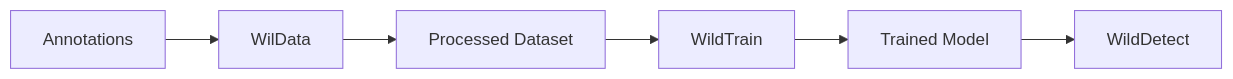
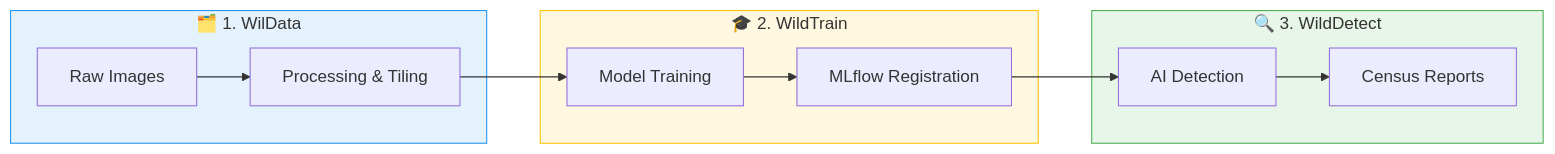
The diagram in docs/index.md (FadelMamar/wildetect), drawn with Mermaid before and after one commit. The commit also changed other lines of this file and 5 other files, not shown here.

````diff
--- a/docs/index.md
+++ b/docs/index.md
@@ -129,8 +41,18 @@
 ```mermaid
 graph LR
-    A[Annotations] --> B[WilData]
-    B --> C[Processed Dataset]
-    C --> D[WildTrain]
-    D --> E[Trained Model]
-    E --> F[WildDetect]
+    subgraph Foundation ["🗂️ 1. WilData"]
+        A["Raw Images"] --> B["Processing & Tiling"]
+    end
+    subgraph Intelligence ["🎓 2. WildTrain"]
+        B --> C["Model Training"]
+        C --> D["MLflow Registration"]
+    end
+    subgraph Impact ["🔍 3. WildDetect"]
+        D --> E["AI Detection"]
+        E --> F["Census Reports"]
+    end
+    
+    style Foundation fill:#e3f2fd,stroke:#2196f3
+    style Intelligence fill:#fff8e1,stroke:#ffc107
+    style Impact fill:#e8f5e9,stroke:#4caf50
 ```
````
